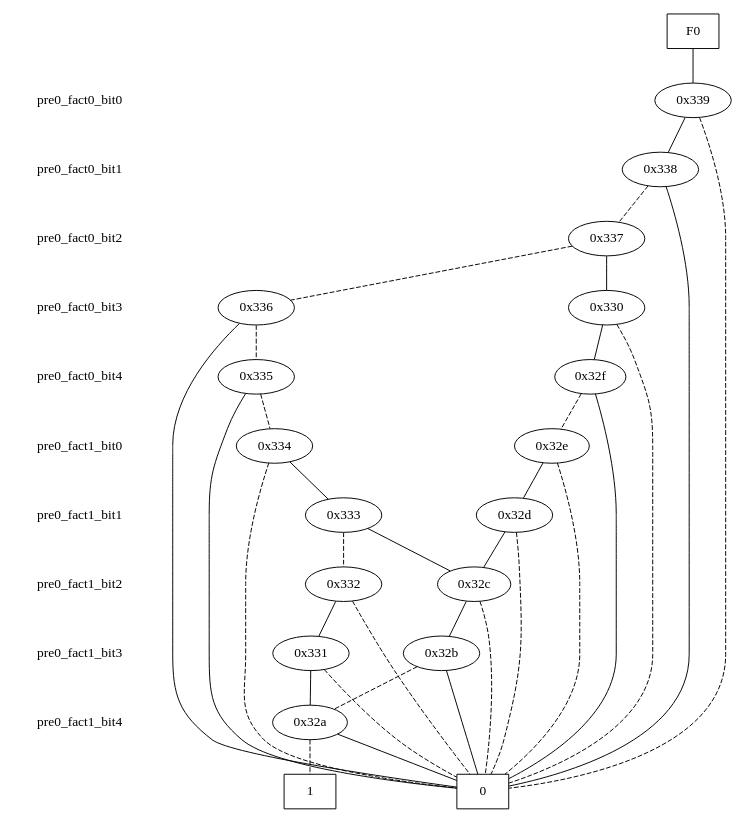
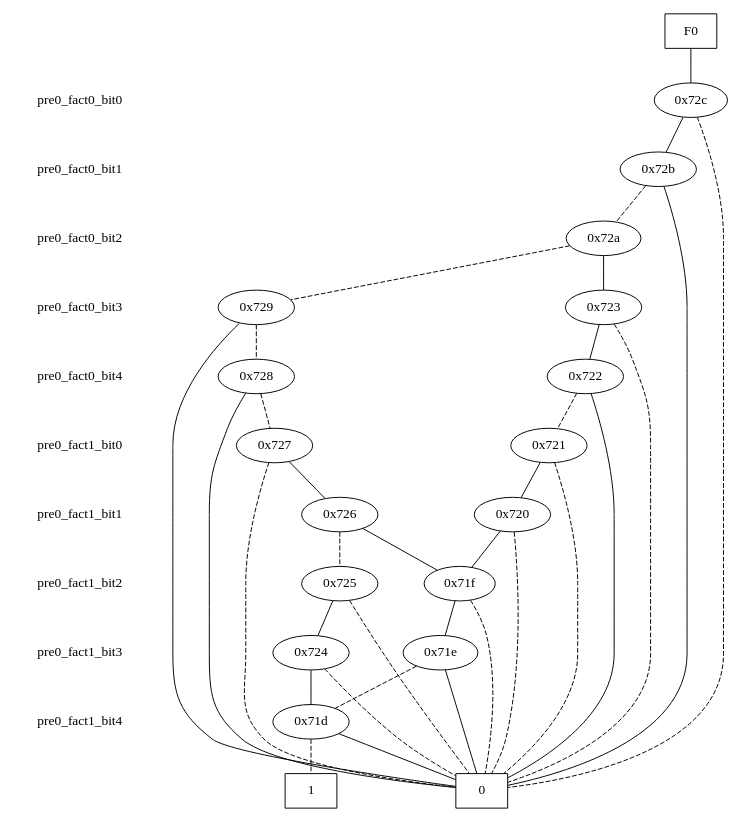
One commit to galvusdamor/downward-hm changed the diagram in goal.dot. Above: the diagram before and after it, drawn with Graphviz. The commit also changed 23 other files, not shown here.

```diff
--- a/goal.dot
+++ b/goal.dot
@@ -1,88 +1,88 @@
 digraph "DD" {
 size = "7.5,10"
 center = true;
 edge [dir = none];
 { node [shape = plaintext];
   edge [style = invis];
   "CONST NODES" [style = invis];
 " pre0_fact0_bit0 " -> " pre0_fact0_bit1 " -> " pre0_fact0_bit2 " -> " pre0_fact0_bit3 " -> " pre0_fact0_bit4 " -> " pre0_fact1_bit0 " -> " pre0_fact1_bit1 " -> " pre0_fact1_bit2 " -> " pre0_fact1_bit3 " -> " pre0_fact1_bit4 " -> "CONST NODES"; 
 }
 { rank = same; node [shape = box]; edge [style = invis];
 "F0"; }
 { rank = same; " pre0_fact0_bit0 ";
-"0x339";
+"0x72c";
 }
 { rank = same; " pre0_fact0_bit1 ";
-"0x338";
+"0x72b";
 }
 { rank = same; " pre0_fact0_bit2 ";
-"0x337";
+"0x72a";
 }
 { rank = same; " pre0_fact0_bit3 ";
-"0x330";
-"0x336";
+"0x723";
+"0x729";
 }
 { rank = same; " pre0_fact0_bit4 ";
-"0x32f";
-"0x335";
+"0x722";
+"0x728";
 }
 { rank = same; " pre0_fact1_bit0 ";
-"0x32e";
-"0x334";
+"0x721";
+"0x727";
 }
 { rank = same; " pre0_fact1_bit1 ";
-"0x333";
-"0x32d";
+"0x720";
+"0x726";
 }
 { rank = same; " pre0_fact1_bit2 ";
-"0x32c";
-"0x332";
+"0x71f";
+"0x725";
 }
 { rank = same; " pre0_fact1_bit3 ";
-"0x32b";
-"0x331";
+"0x724";
+"0x71e";
 }
 { rank = same; " pre0_fact1_bit4 ";
-"0x32a";
+"0x71d";
 }
 { rank = same; "CONST NODES";
-{ node [shape = box]; "0x29f";
-"0x29e";
+{ node [shape = box]; "0x69c";
+"0x69b";
 }
 }
-"F0" -> "0x339" [style = solid];
-"0x339" -> "0x338";
-"0x339" -> "0x29f" [style = dashed];
-"0x338" -> "0x29f";
-"0x338" -> "0x337" [style = dashed];
-"0x337" -> "0x330";
-"0x337" -> "0x336" [style = dashed];
-"0x330" -> "0x32f";
-"0x330" -> "0x29f" [style = dashed];
-"0x336" -> "0x29f";
-"0x336" -> "0x335" [style = dashed];
-"0x32f" -> "0x29f";
-"0x32f" -> "0x32e" [style = dashed];
-"0x335" -> "0x29f";
-"0x335" -> "0x334" [style = dashed];
-"0x32e" -> "0x32d";
-"0x32e" -> "0x29f" [style = dashed];
-"0x334" -> "0x333";
-"0x334" -> "0x29f" [style = dashed];
-"0x333" -> "0x32c";
-"0x333" -> "0x332" [style = dashed];
-"0x32d" -> "0x32c";
-"0x32d" -> "0x29f" [style = dashed];
-"0x32c" -> "0x32b";
-"0x32c" -> "0x29f" [style = dashed];
-"0x332" -> "0x331";
-"0x332" -> "0x29f" [style = dashed];
-"0x32b" -> "0x29f";
-"0x32b" -> "0x32a" [style = dashed];
-"0x331" -> "0x32a";
-"0x331" -> "0x29f" [style = dashed];
-"0x32a" -> "0x29f";
-"0x32a" -> "0x29e" [style = dashed];
-"0x29f" [label = "0"];
-"0x29e" [label = "1"];
+"F0" -> "0x72c" [style = solid];
+"0x72c" -> "0x72b";
+"0x72c" -> "0x69c" [style = dashed];
+"0x72b" -> "0x69c";
+"0x72b" -> "0x72a" [style = dashed];
+"0x72a" -> "0x723";
+"0x72a" -> "0x729" [style = dashed];
+"0x723" -> "0x722";
+"0x723" -> "0x69c" [style = dashed];
+"0x729" -> "0x69c";
+"0x729" -> "0x728" [style = dashed];
+"0x722" -> "0x69c";
+"0x722" -> "0x721" [style = dashed];
+"0x728" -> "0x69c";
+"0x728" -> "0x727" [style = dashed];
+"0x721" -> "0x720";
+"0x721" -> "0x69c" [style = dashed];
+"0x727" -> "0x726";
+"0x727" -> "0x69c" [style = dashed];
+"0x720" -> "0x71f";
+"0x720" -> "0x69c" [style = dashed];
+"0x726" -> "0x71f";
+"0x726" -> "0x725" [style = dashed];
+"0x71f" -> "0x71e";
+"0x71f" -> "0x69c" [style = dashed];
+"0x725" -> "0x724";
+"0x725" -> "0x69c" [style = dashed];
+"0x724" -> "0x71d";
+"0x724" -> "0x69c" [style = dashed];
+"0x71e" -> "0x69c";
+"0x71e" -> "0x71d" [style = dashed];
+"0x71d" -> "0x69c";
+"0x71d" -> "0x69b" [style = dashed];
+"0x69c" [label = "0"];
+"0x69b" [label = "1"];
 }
```
